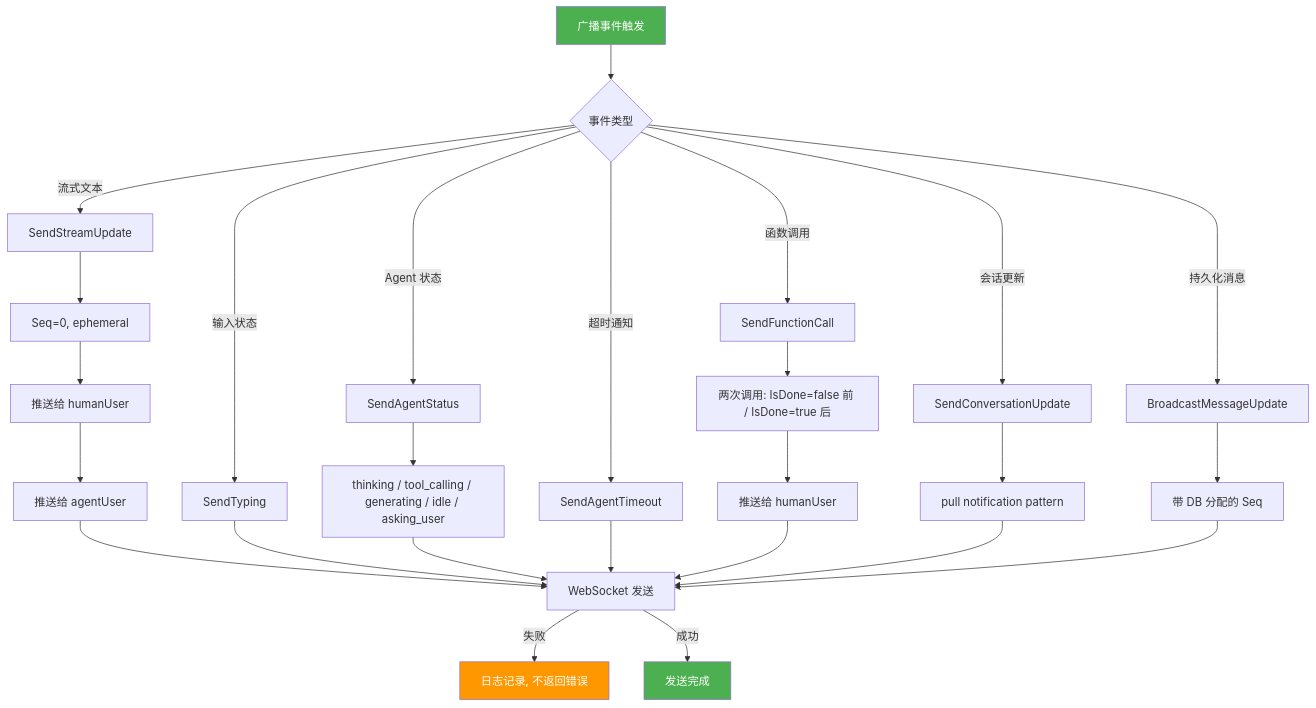
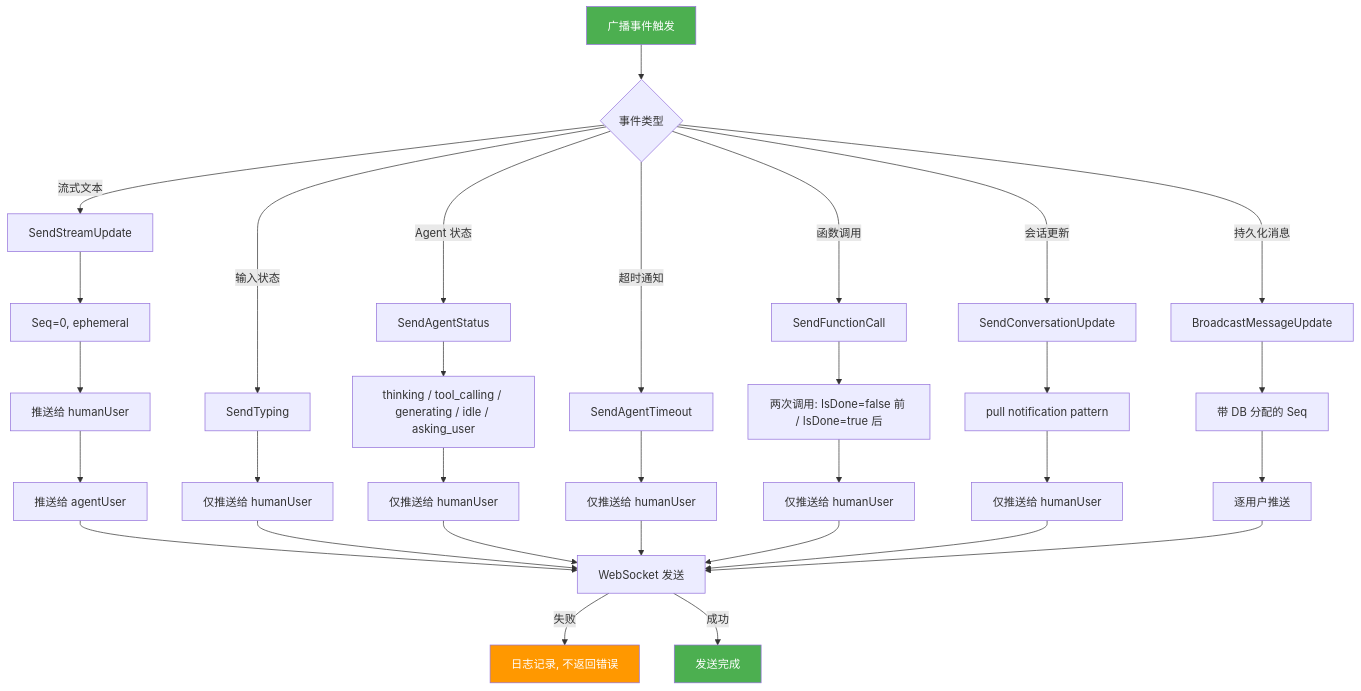
Before and after one commit to PineappleBond/xyncra-server: the eighth of 12 diagrams in wiki/flows/agent.md, drawn with Mermaid. The commit also changed other lines of this file and 19 other files, not shown here.

````diff
--- a/wiki/flows/agent.md
+++ b/wiki/flows/agent.md
@@ -433,41 +444,46 @@
 ```mermaid
 flowchart TD
     A[广播事件触发] --> B{事件类型}
 
     B -->|流式文本| C[SendStreamUpdate]
     C --> C1[Seq=0, ephemeral]
     C1 --> C2[推送给 humanUser]
     C2 --> C3[推送给 agentUser]
 
     B -->|输入状态| D[SendTyping]
+    D --> D1[仅推送给 humanUser]
 
     B -->|Agent 状态| E[SendAgentStatus]
     E --> E1[thinking / tool_calling / generating / idle / asking_user]
+    E1 --> E2[仅推送给 humanUser]
 
     B -->|超时通知| F[SendAgentTimeout]
+    F --> F1[仅推送给 humanUser]
 
     B -->|函数调用| F2[SendFunctionCall]
     F2 --> F3[两次调用: IsDone=false 前 / IsDone=true 后]
-    F3 --> F4[推送给 humanUser]
+    F3 --> F4[仅推送给 humanUser]
 
     B -->|会话更新| G[SendConversationUpdate]
     G --> G1[pull notification pattern]
+    G1 --> G2[仅推送给 humanUser]
 
     B -->|持久化消息| H[BroadcastMessageUpdate]
     H --> H1[带 DB 分配的 Seq]
+    H1 --> H2[逐用户推送]
 
     C3 --> I[WebSocket 发送]
-    D --> I
-    E1 --> I
-    F --> I
+    D1 --> I
+    E2 --> I
+    F1 --> I
     F4 --> I
-    G1 --> I
-    H1 --> I
+    G2 --> I
+    H2 --> I
 
     I -->|失败| J[日志记录, 不返回错误]
     I -->|成功| K[发送完成]
 
     style A fill:#4CAF50,color:#fff
     style J fill:#FF9800,color:#fff
     style K fill:#4CAF50,color:#fff
 ```
````
